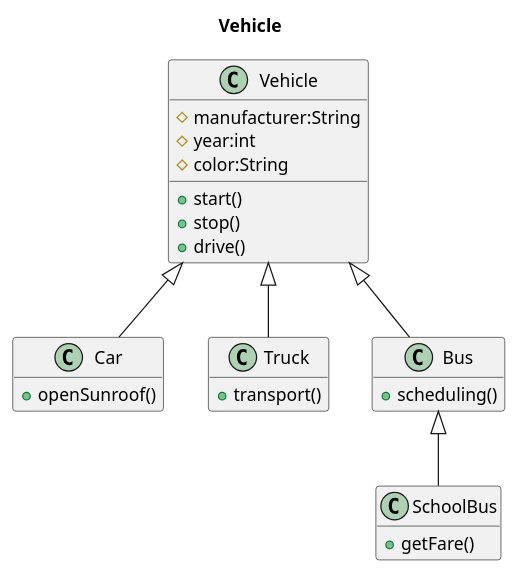
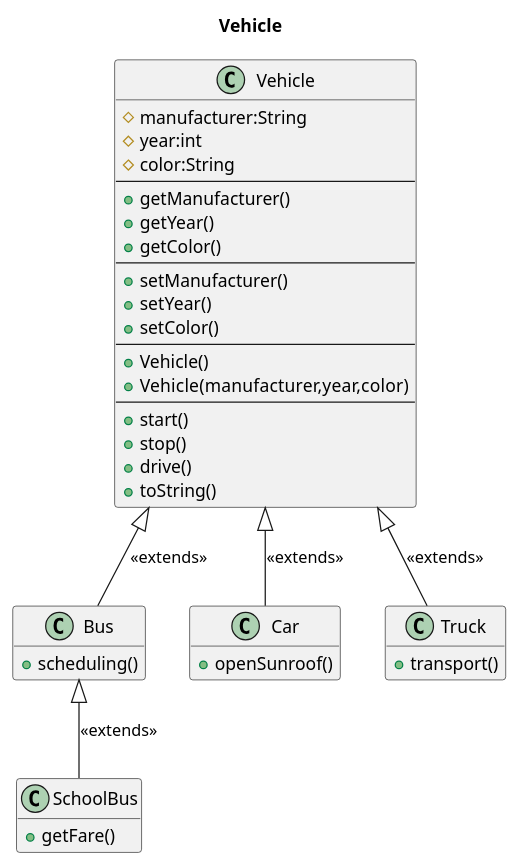
One commit to ipekmelisayilmaz/Object-Oriented-Programming changed the diagram in UMLs/Inheritance.wsd. Above: the diagram before and after it, drawn with PlantUML. The commit also changed 3 other files, not shown here.

```diff
--- a/UMLs/Inheritance.wsd
+++ b/UMLs/Inheritance.wsd
@@ -1,29 +1,47 @@
 @startuml Inheritance
 title Vehicle
-
 class Vehicle{
 #manufacturer:String
 #year:int
 #color:String
+--
++getManufacturer()
++getYear()
++getColor()
+--
++setManufacturer()
++setYear()
++setColor()
+--
++Vehicle()
++Vehicle(manufacturer,year,color)
+--
 +start()
 +stop()
 +drive()
++toString()
 }
 
-class Car extends Vehicle{
+class Car {
 +openSunroof()
 }
 
-class Truck extends Vehicle{
+class Truck {
 +transport()
 }
 
-class Bus extends Vehicle{
+class Bus {
 +scheduling()
 }
 
-class SchoolBus extends Bus{
+class SchoolBus {
  +getFare()
 }
+
+Bus -u-|> Vehicle : <<extends>>
+Truck -u-|> Vehicle : <<extends>>
+Car -u-|> Vehicle : <<extends>>
+SchoolBus -u-|> Bus : <<extends>>
+
 hide empty member
 @enduml 
```
